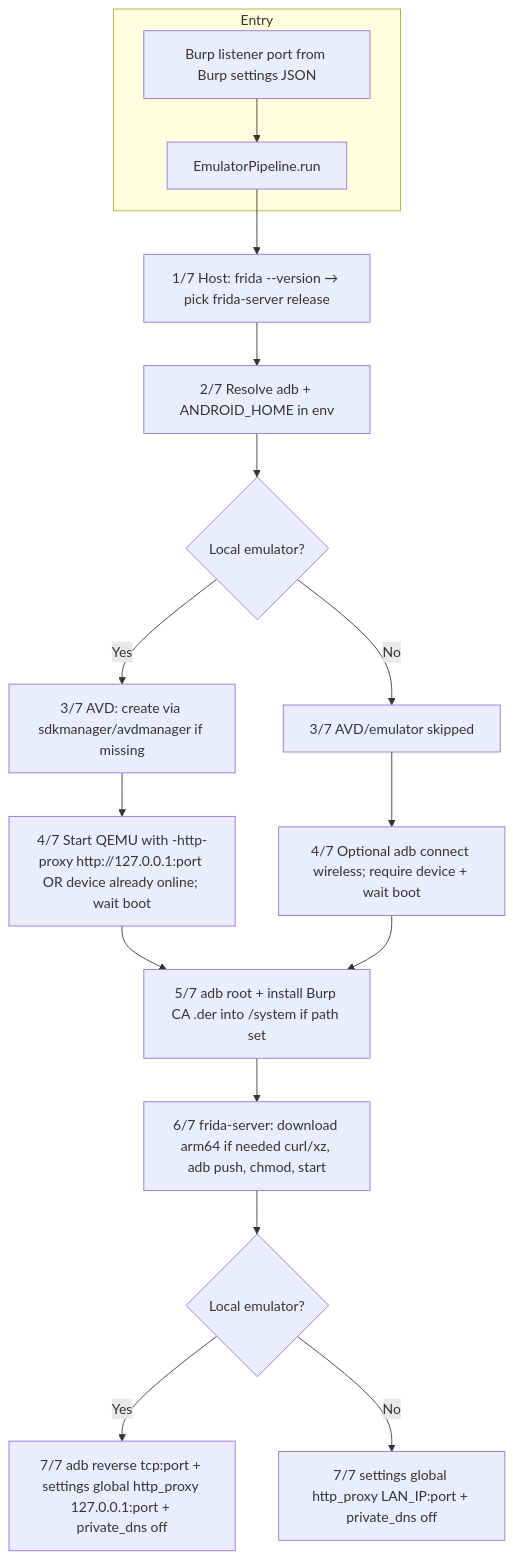
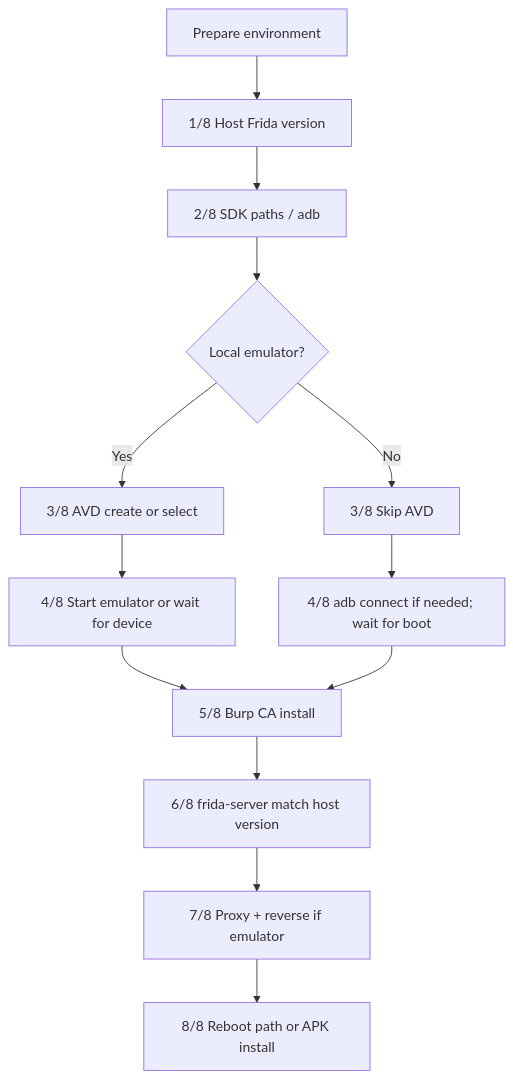
The second of 3 diagrams in README.md (pereznacho/AndroBurp), drawn with Mermaid before and after one commit. The commit also changed other lines of this file and 38 other files, not shown here.

````diff
--- a/README.md
+++ b/README.md
@@ -126,22 +215,16 @@
 ```mermaid
 flowchart TB
-  subgraph entry["Entry"]
-    BP[Burp listener port from Burp settings JSON]
-    EP[EmulatorPipeline.run]
-    BP --> EP
-  end
-  EP --> S1["1/7 Host: frida --version → pick frida-server release"]
-  S1 --> S2["2/7 Resolve adb + ANDROID_HOME in env"]
+  EP[Prepare environment]
+  EP --> S1["1/8 Host Frida version"]
+  S1 --> S2["2/8 SDK paths / adb"]
   S2 --> M1{Local emulator?}
-  M1 -->|Yes| S3a["3/7 AVD: create via sdkmanager/avdmanager if missing"]
-  S3a --> S4a["4/7 Start QEMU with -http-proxy http://127.0.0.1:port OR device already online; wait boot"]
-  M1 -->|No| S3b["3/7 AVD/emulator skipped"]
-  S3b --> S4b["4/7 Optional adb connect wireless; require device + wait boot"]
-  S4a --> S5
+  M1 -->|Yes| S3["3/8 AVD create or select"]
+  S3 --> S4["4/8 Start emulator or wait for device"]
+  M1 -->|No| S3b["3/8 Skip AVD"]
+  S3b --> S4b["4/8 adb connect if needed; wait for boot"]
+  S4 --> S5["5/8 Burp CA install"]
   S4b --> S5
-  S5["5/7 adb root + install Burp CA .der into /system if path set"]
-  S5 --> S6["6/7 frida-server: download arm64 if needed curl/xz, adb push, chmod, start"]
-  S6 --> M2{Local emulator?}
-  M2 -->|Yes| S7a["7/7 adb reverse tcp:port + settings global http_proxy 127.0.0.1:port + private_dns off"]
-  M2 -->|No| S7b["7/7 settings global http_proxy LAN_IP:port + private_dns off"]
+  S5 --> S6["6/8 frida-server match host version"]
+  S6 --> S7["7/8 Proxy + reverse if emulator"]
+  S7 --> S8["8/8 Reboot path or APK install"]
 ```
````
